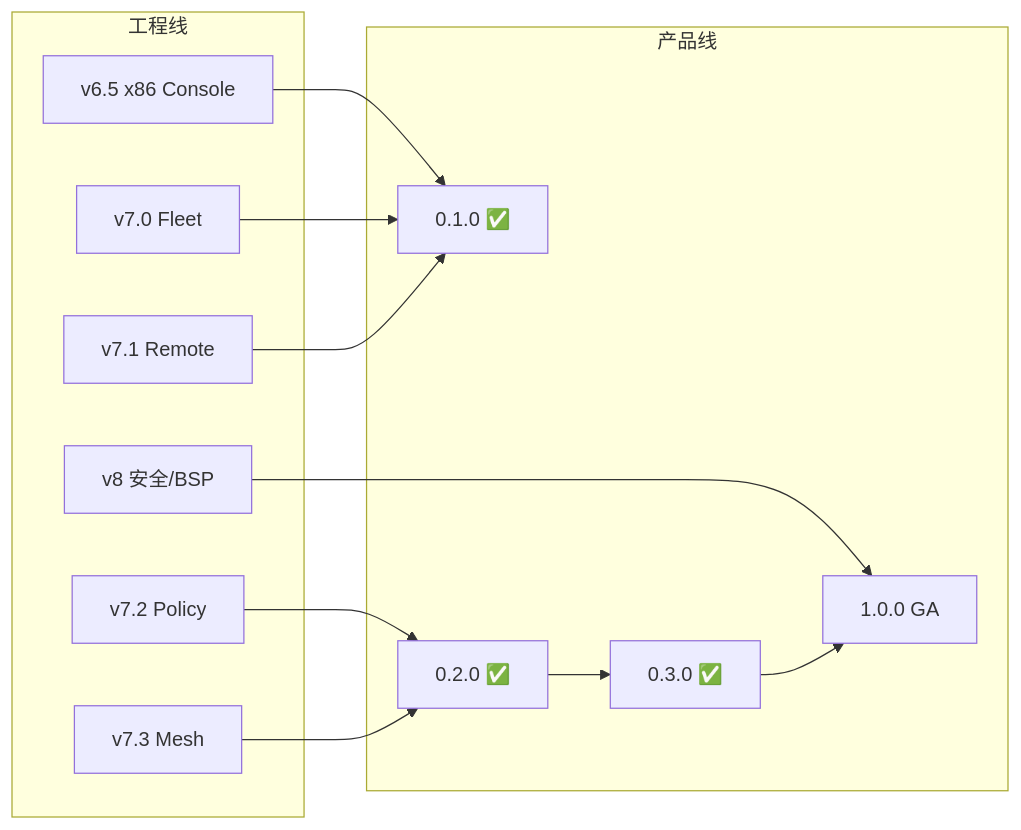
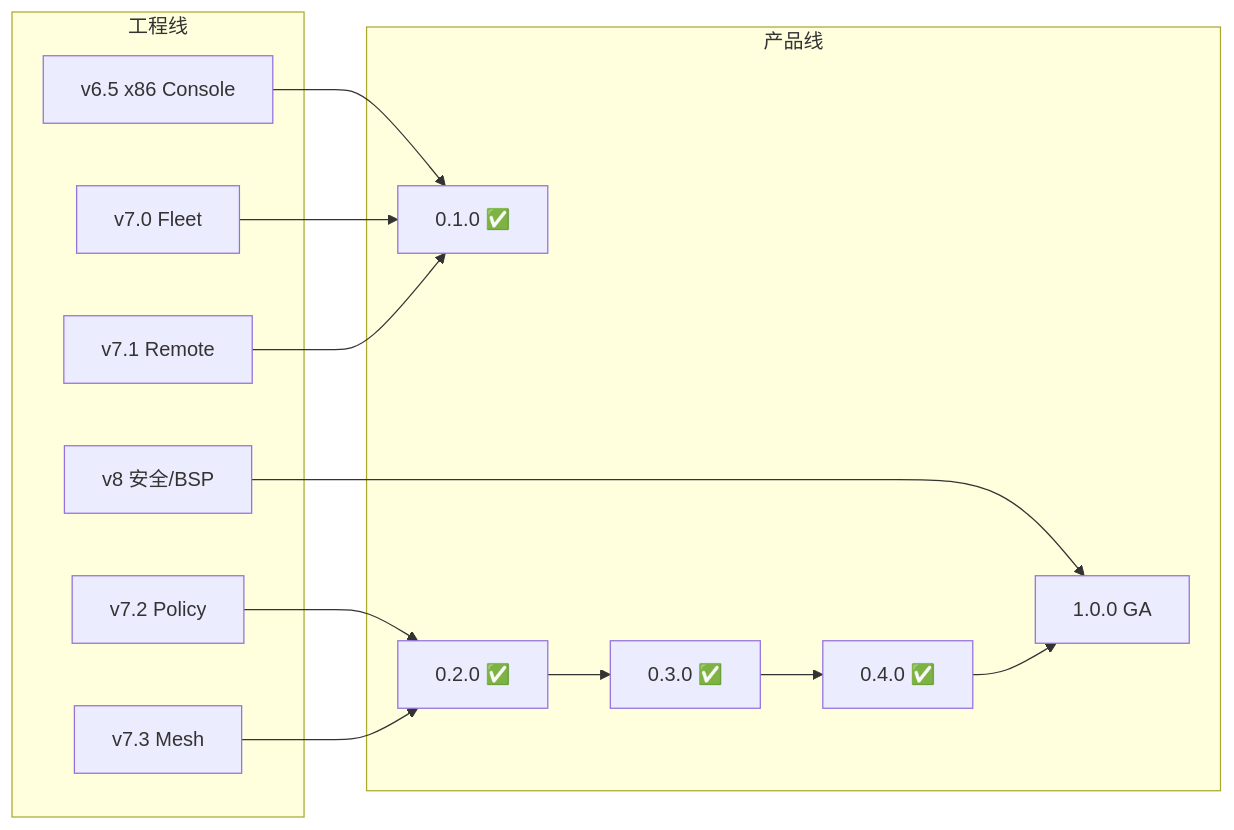
One commit to William2333ZZ/OpenAgentOS changed the diagram in docs/PRODUCT_ROADMAP.md. Above: the diagram before and after it, drawn with Mermaid. The commit also changed other lines of this file and 22 other files, not shown here.

````diff
--- a/docs/PRODUCT_ROADMAP.md
+++ b/docs/PRODUCT_ROADMAP.md
@@ -16,24 +16,25 @@
 ```mermaid
 flowchart LR
   subgraph eng [工程线]
     v65[v6.5 x86 Console]
     v70[v7.0 Fleet]
     v71[v7.1 Remote]
     v72[v7.2 Policy]
     v73[v7.3 Mesh]
     v80[v8 安全/BSP]
   end
   subgraph prod [产品线]
     b01[0.1.0 ✅]
     rc02[0.2.0 ✅]
     rc03[0.3.0 ✅]
+    rc04[0.4.0 ✅]
     ga10[1.0.0 GA]
   end
   v65 --> b01
   v70 --> b01
   v71 --> b01
   v72 --> rc02
   v73 --> rc02
   v80 --> ga10
-  rc02 --> rc03 --> ga10
+  rc02 --> rc03 --> rc04 --> ga10
 ```
````
